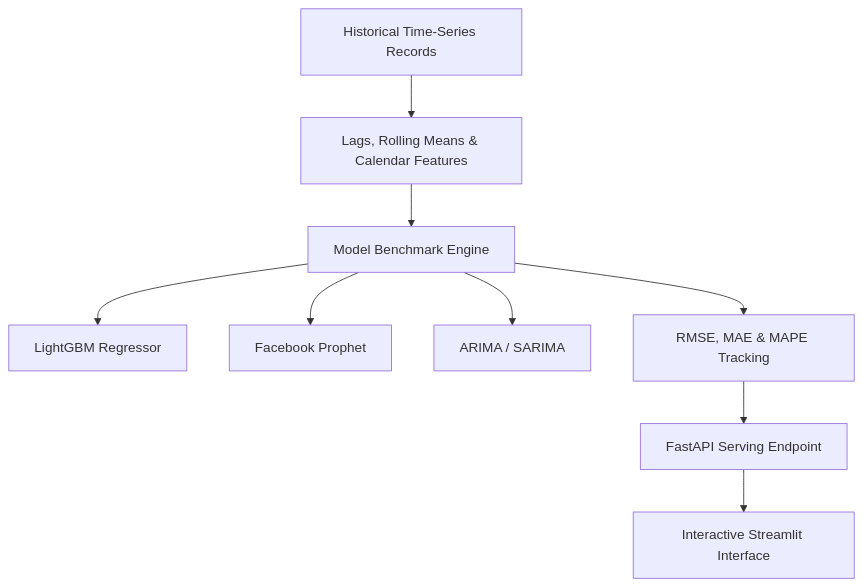
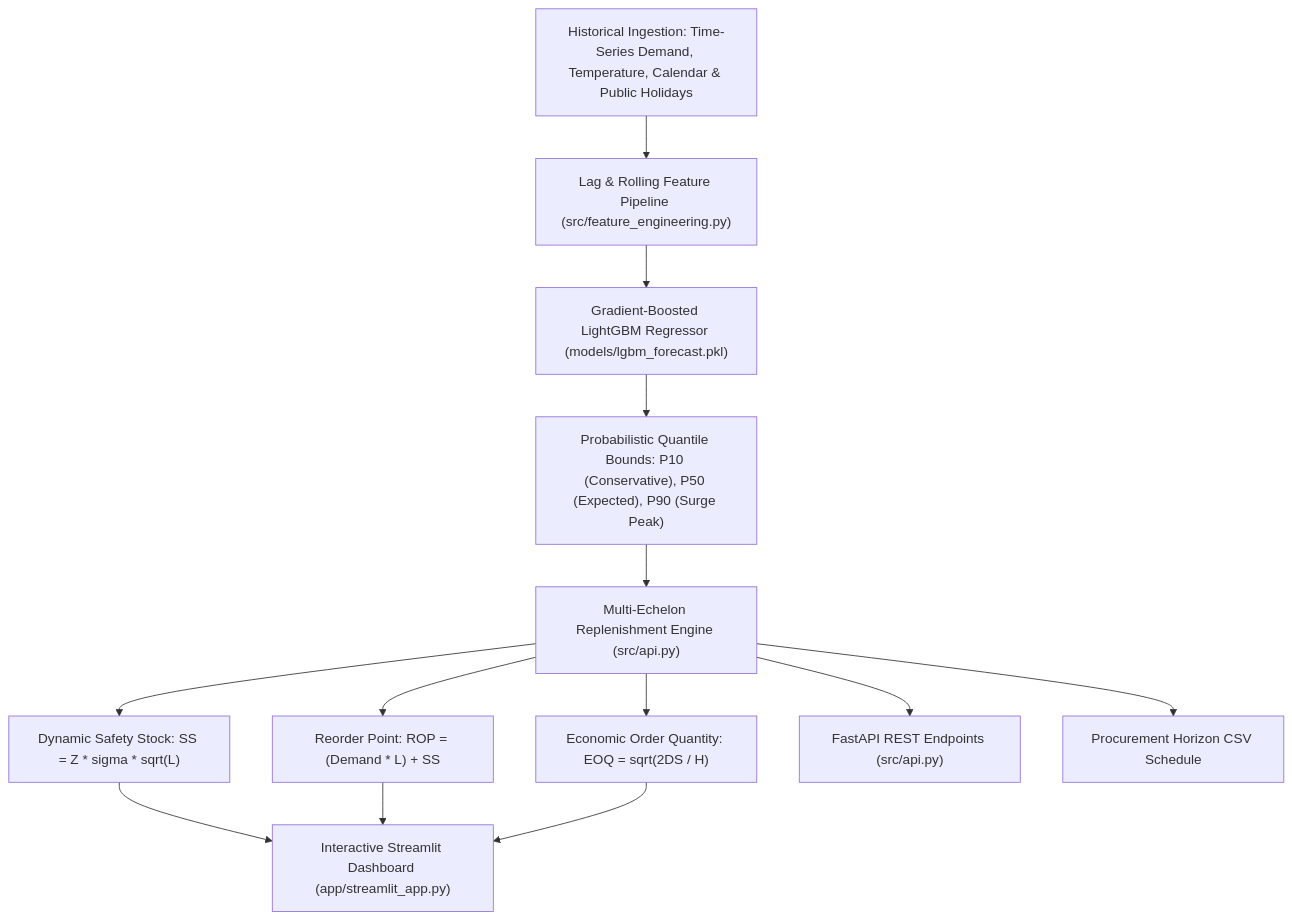
Before and after one commit to MuhammadMinhaj229/demand-forecasting-timeseries: the diagram in README.md, drawn with Mermaid. The commit also changed other lines of this file and 3 other files, not shown here.

Commit message:
feat(supply-chain): implement quantile demand forecasting and multi-echelon inventory replenishment engine

````diff
--- a/README.md
+++ b/README.md
@@ -20,11 +16,20 @@
 ```mermaid
 flowchart TD
-    SeriesData["Historical Time-Series Records"] --> Features["Lags, Rolling Means & Calendar Features"]
-    Features --> Models["Model Benchmark Engine"]
-    Models --> LightGBM["LightGBM Regressor"]
-    Models --> Prophet["Facebook Prophet"]
-    Models --> ARIMA["ARIMA / SARIMA"]
-    Models --> Evaluation["RMSE, MAE & MAPE Tracking"]
-    Evaluation --> API["FastAPI Serving Endpoint"]
-    API --> Dashboard["Interactive Streamlit Interface"]
+    Telemetry["Historical Ingestion: Time-Series Demand, Temperature, Calendar & Public Holidays"] --> FeatureStore["Lag & Rolling Feature Pipeline (src/feature_engineering.py)"]
+    
+    FeatureStore --> Model["Gradient-Boosted LightGBM Regressor (models/lgbm_forecast.pkl)"]
+    
+    Model --> Quantiles["Probabilistic Quantile Bounds: P10 (Conservative), P50 (Expected), P90 (Surge Peak)"]
+    Quantiles --> InventoryEngine["Multi-Echelon Replenishment Engine (src/api.py)"]
+    
+    InventoryEngine --> SS["Dynamic Safety Stock: SS = Z * sigma * sqrt(L)"]
+    InventoryEngine --> ROP["Reorder Point: ROP = (Demand * L) + SS"]
+    InventoryEngine --> EOQ["Economic Order Quantity: EOQ = sqrt(2DS / H)"]
+    
+    SS --> Dashboard["Interactive Streamlit Dashboard (app/streamlit_app.py)"]
+    ROP --> Dashboard
+    EOQ --> Dashboard
+    
+    InventoryEngine --> API["FastAPI REST Endpoints (src/api.py)"]
+    InventoryEngine --> Export["Procurement Horizon CSV Schedule"]
 ```
````
